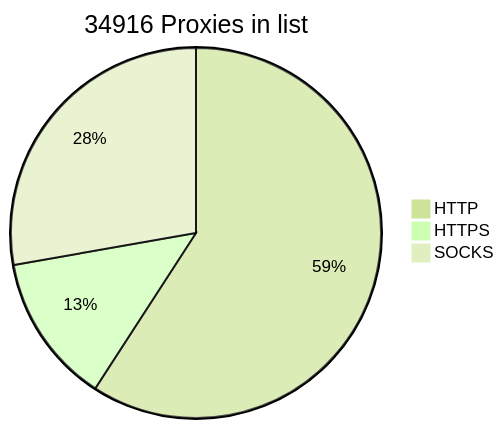
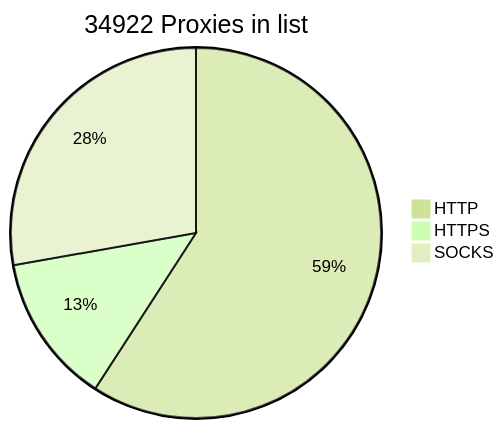
One commit to BlackSnowDot/proxylist-update-every-minute changed the diagram in README.md. Above: the diagram before and after it, drawn with Mermaid (forest theme).

````diff
--- a/README.md
+++ b/README.md
@@ -2,6 +2,6 @@
 ```mermaid
-pie title 34916 Proxies in list
+pie title 34922 Proxies in list
     "HTTP" : 22912
     "HTTPS": 5066
-    "SOCKS" : 10757
+    "SOCKS" : 10763
 ```
````
